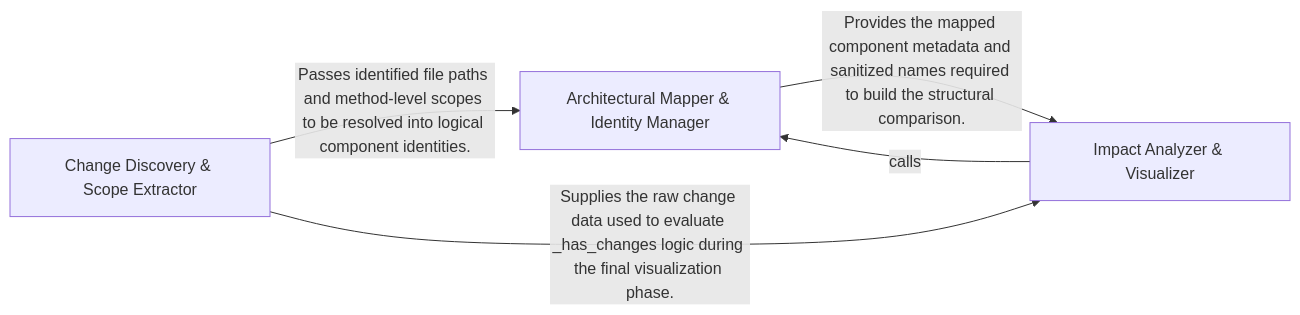
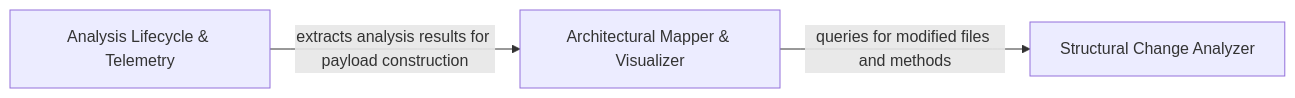
Before and after one commit to CodeBoarding/CodeBoarding-action: the diagram in .codeboarding/Structural_Diffing_Engine.md, drawn with Mermaid. The commit also changed other lines of this file and 10 other files, not shown here.

Commit message:
chore(codeboarding): sync architecture baseline

````diff
--- a/.codeboarding/Structural_Diffing_Engine.md
+++ b/.codeboarding/Structural_Diffing_Engine.md
@@ -1,10 +1,8 @@
 ```mermaid
 graph LR
-    Change_Discovery_Scope_Extractor["Change Discovery & Scope Extractor"]
-    Architectural_Mapper_Identity_Manager["Architectural Mapper & Identity Manager"]
-    Impact_Analyzer_Visualizer["Impact Analyzer & Visualizer"]
-    Change_Discovery_Scope_Extractor -- "Passes identified file paths and method-level scopes to be resolved into logical component identities." --> Architectural_Mapper_Identity_Manager
-    Architectural_Mapper_Identity_Manager -- "Provides the mapped component metadata and sanitized names required to build the structural comparison." --> Impact_Analyzer_Visualizer
-    Change_Discovery_Scope_Extractor -- "Supplies the raw change data used to evaluate _has_changes logic during the final visualization phase." --> Impact_Analyzer_Visualizer
-    Impact_Analyzer_Visualizer -- "calls" --> Architectural_Mapper_Identity_Manager
+    Structural_Change_Analyzer["Structural Change Analyzer"]
+    Architectural_Mapper_Visualizer["Architectural Mapper & Visualizer"]
+    Analysis_Lifecycle_Telemetry["Analysis Lifecycle & Telemetry"]
+    Architectural_Mapper_Visualizer -- "queries for modified files and methods" --> Structural_Change_Analyzer
+    Analysis_Lifecycle_Telemetry -- "extracts analysis results for payload construction" --> Architectural_Mapper_Visualizer
 ```
````
